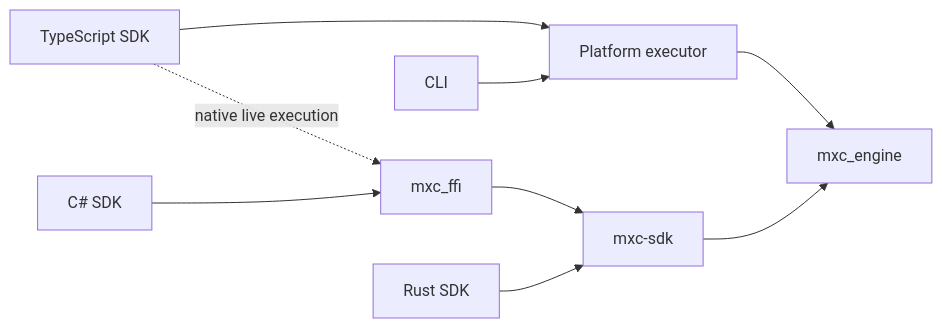
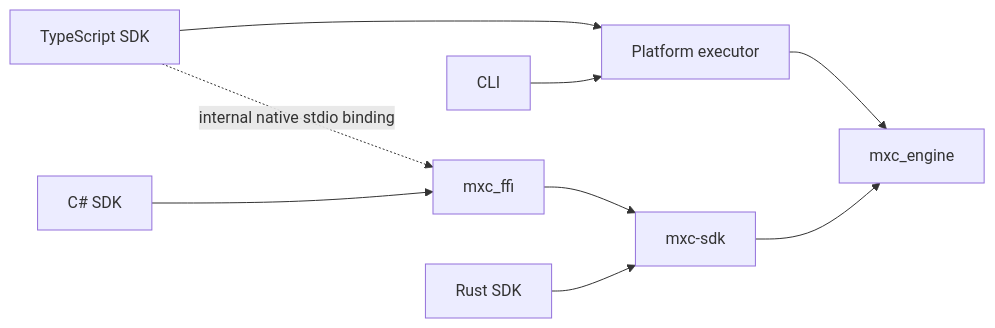
The second of 2 diagrams in docs/architecture.md (microsoft/mxc), drawn with Mermaid before and after one commit. The commit also changed other lines of this file, not shown here.

First line of the commit message:
Clarify native stdio architecture wording

````diff
--- a/docs/architecture.md
+++ b/docs/architecture.md
@@ -100,19 +100,19 @@
 ```mermaid
 flowchart LR
     typescript["TypeScript SDK"]
     cli["CLI"]
     csharp["C# SDK"]
     rust["Rust SDK"]
     executor["Platform executor"]
     ffi["mxc_ffi"]
     sdk["mxc-sdk"]
     engine["mxc_engine"]
 
     typescript --> executor
-    typescript -. "native live execution" .-> ffi
+    typescript -. "internal native stdio binding" .-> ffi
     cli --> executor
     csharp --> ffi --> sdk
     rust --> sdk
     executor --> engine
     sdk --> engine
 ```
````
